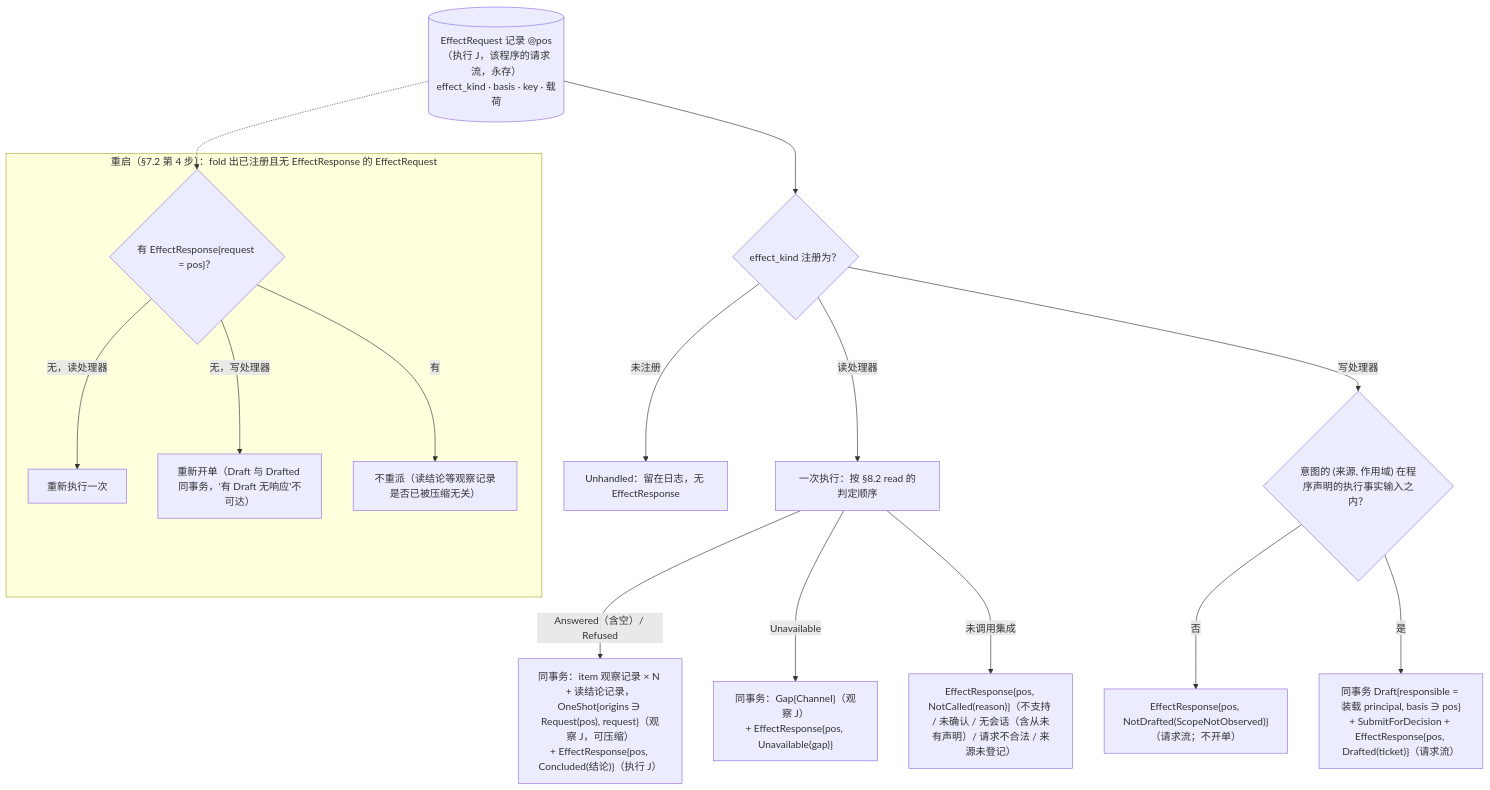
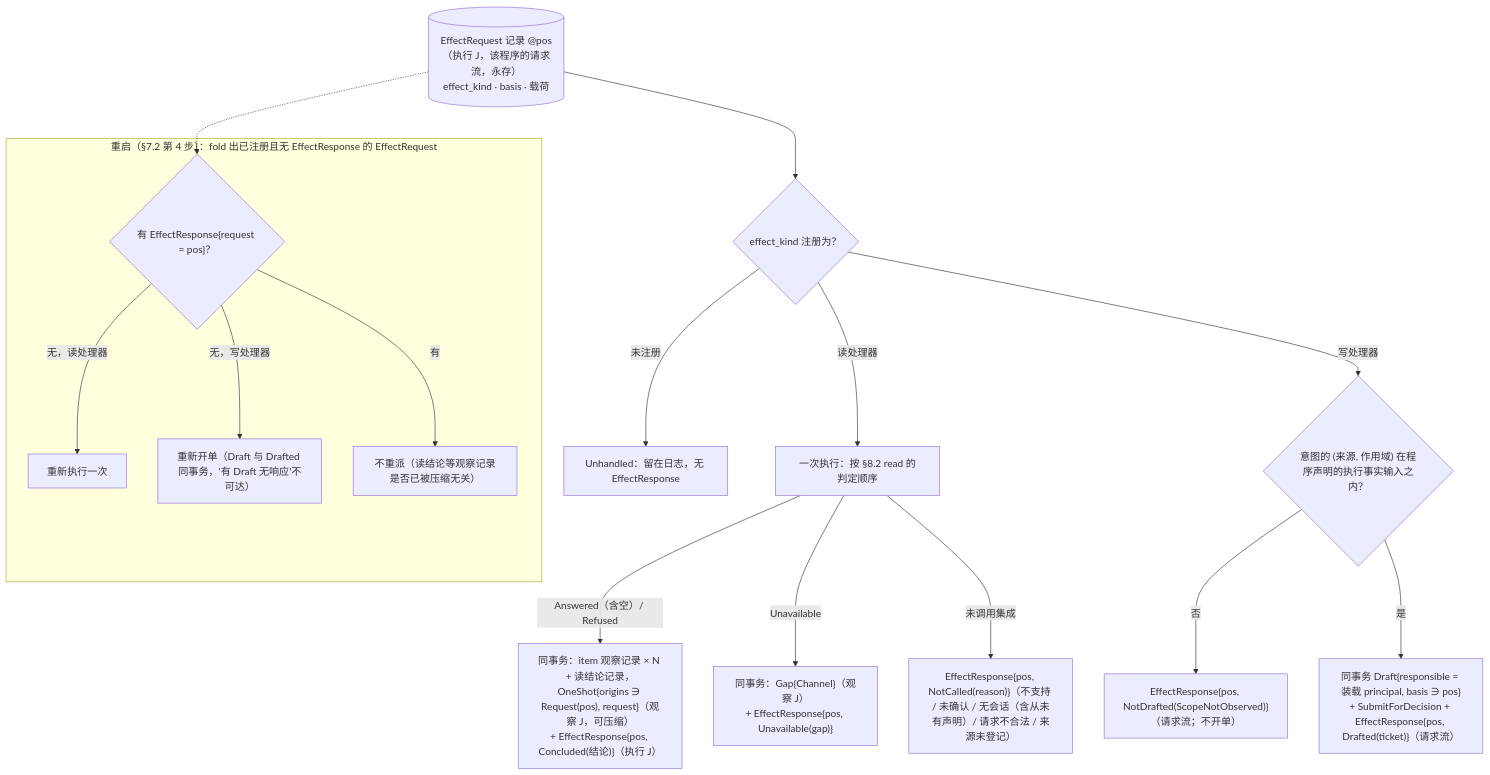
The third of 3 diagrams in design/diagrams/04-program-host.md (mouriya-s-lab/uta), drawn with Mermaid before and after one commit. The commit also changed other lines of this file and 6 other files, not shown here.

````diff
--- a/design/diagrams/04-program-host.md
+++ b/design/diagrams/04-program-host.md
@@ -110,21 +118,21 @@
 ```mermaid
 flowchart TB
-  ER[("EffectRequest 记录 @pos（执行 J，该程序的请求流，永存）<br/>effect_kind · basis · key · 载荷")]
+  ER[("EffectRequest 记录 @pos（执行 J，该程序的请求流，永存）<br/>effect_kind · basis · 载荷")]
   REG{"effect_kind 注册为？"}
   ER --> REG
   REG -->|"读处理器"| RD["一次执行：按 §8.2 read 的判定顺序"]
   RD -->|"Answered（含空）/ Refused"| R1["同事务：item 观察记录 × N + 读结论记录，OneShot{origins ∋ Request(pos), request}（观察 J，可压缩）<br/>+ EffectResponse{pos, Concluded(结论)}（执行 J）"]
   RD -->|"Unavailable"| R2["同事务：Gap{Channel}（观察 J）<br/>+ EffectResponse{pos, Unavailable(gap)}"]
   RD -->|"未调用集成"| R3["EffectResponse{pos, NotCalled(reason)}（不支持 / 未确认 / 无会话（含从未有声明）/ 请求不合法 / 来源未登记）"]
   REG -->|"写处理器"| WSC{"意图的 (来源, 作用域) 在程序声明的执行事实输入之内？"}
   WSC -->|"否"| WN["EffectResponse{pos, NotDrafted(ScopeNotObserved)}（请求流；不开单）"]
   WSC -->|"是"| WR["同事务 Draft{responsible = 装载 principal, basis ∋ pos}<br/>+ SubmitForDecision + EffectResponse{pos, Drafted(ticket)}（请求流）"]
   REG -->|"未注册"| UH["Unhandled：留在日志，无 EffectResponse"]
   subgraph RESTART["重启（§7.2 第 4 步）：fold 出已注册且无 EffectResponse 的 EffectRequest"]
     Q1{"有 EffectResponse{request = pos}？"}
     Q1 -->|"无，读处理器"| RD2["重新执行一次"]
     Q1 -->|"无，写处理器"| WR2["重新开单（Draft 与 Drafted 同事务，'有 Draft 无响应'不可达）"]
     Q1 -->|"有"| SKIP["不重派（读结论等观察记录是否已被压缩无关）"]
   end
   ER -.-> Q1
 ```
````
